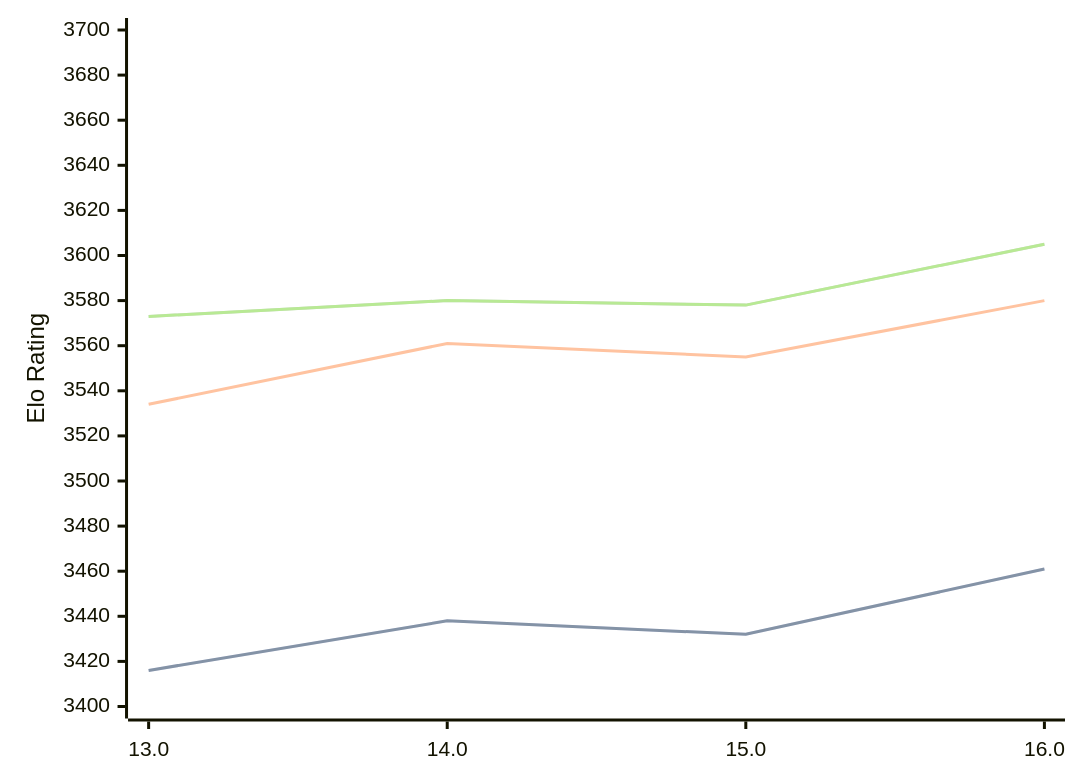
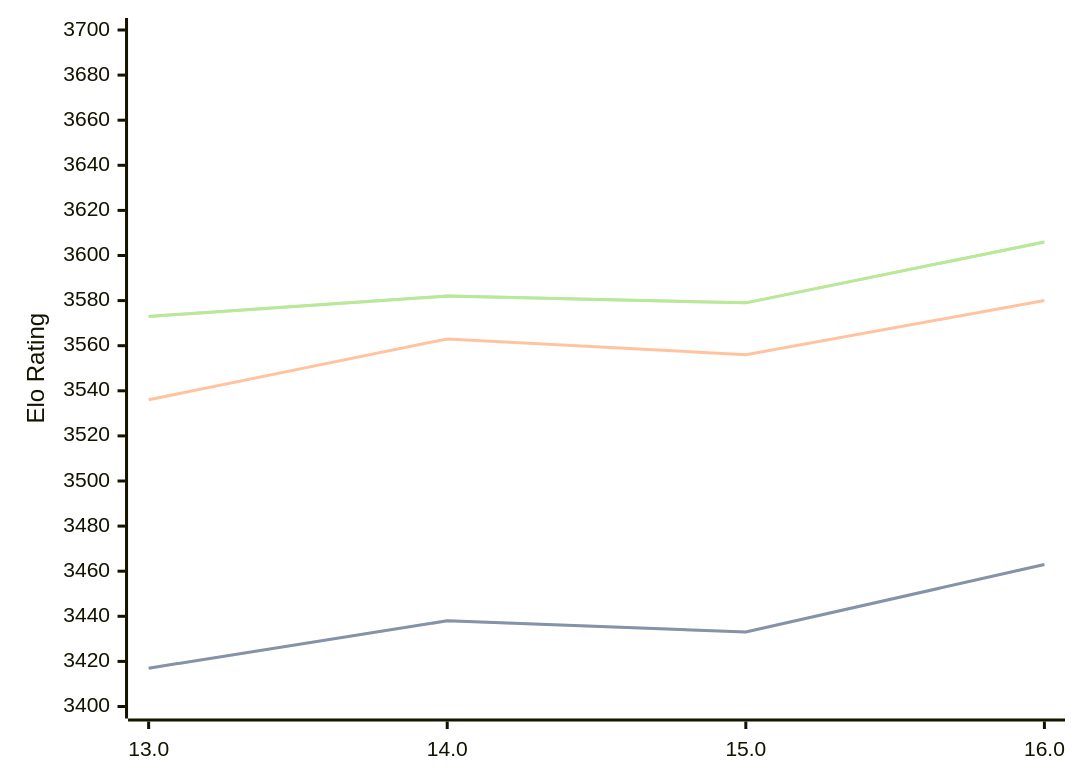
One commit to computer-chess-index/cci changed the diagram in engines/Obsidian.md. Above: the diagram before and after it, drawn with Mermaid. The commit also changed other lines of this file, not shown here.

Commit message:
Update CCI Ratings (ELO VLTC) - 2026-03-28

````diff
--- a/engines/Obsidian.md
+++ b/engines/Obsidian.md
@@ -43,11 +43,11 @@
 ```mermaid
 %%{init: {"theme":"base","themeVariables":{"seriesColors:['#a3a3a3','#222221','#faa371']}}}%%
 xychart-beta
   x-axis ["13.0", "14.0", "15.0", "16.0"]
   y-axis "Elo Rating" 3400 --> 3700
-  line "STC (8.0+0.08s)" [3416, 3438, 3432, 3461]
-  line "STC (8.0+0.08s)" [3416, 3438, 3432, 3461]
-  line "LTC (60.0+0.60s)" [3534, 3561, 3555, 3580]
-  line "VLTC (2m24s+1.12s)" [3573, 3580, 3578, 3605]
-  line "VLTC (2m24s+1.12s)" [3573, 3580, 3578, 3605]
+  line "STC (8.0+0.08s)" [3417, 3438, 3433, 3463]
+  line "STC (8.0+0.08s)" [3417, 3438, 3433, 3463]
+  line "LTC (60.0+0.60s)" [3536, 3563, 3556, 3580]
+  line "VLTC (2m24s+1.12s)" [3573, 3582, 3579, 3606]
+  line "VLTC (2m24s+1.12s)" [3573, 3582, 3579, 3606]
 ```
````
